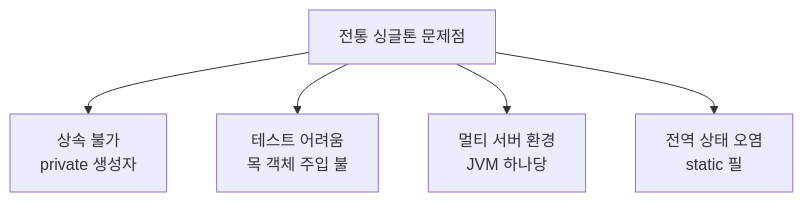
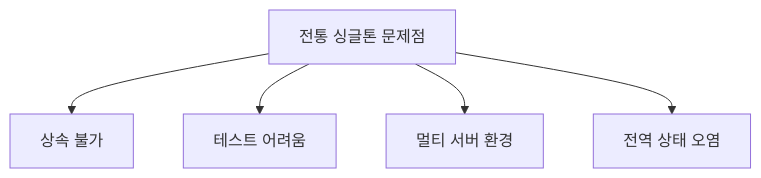
The fourth of 6 diagrams in _posts/spring/2022-06-16-싱글톤 레지스트리와 오브젝트 스코프.md (yjkim2015/yjkim2015.github.io), drawn with Mermaid before and after one commit. The commit also changed other lines of this file and 217 other files, not shown here.

First line of the commit message:
Mermaid 크기 수정: useMaxWidth:true + SVG max-width:100% + 라벨 축소

````diff
--- a/_posts/spring/2022-06-16-싱글톤 레지스트리와 오브젝트 스코프.md
+++ b/_posts/spring/2022-06-16-싱글톤 레지스트리와 오브젝트 스코프.md
@@ -124,8 +124,8 @@
 ```mermaid
 graph TD
     PROBLEM["전통 싱글톤 문제점"]
-    PROBLEM --> P1["상속 불가\nprivate 생성자"]
-    PROBLEM --> P2["테스트 어려움\n목 객체 주입 불"]
-    PROBLEM --> P3["멀티 서버 환경\nJVM 하나당"]
-    PROBLEM --> P4["전역 상태 오염\nstatic 필"]
+    PROBLEM --> P1["상속 불가"]
+    PROBLEM --> P2["테스트 어려움"]
+    PROBLEM --> P3["멀티 서버 환경"]
+    PROBLEM --> P4["전역 상태 오염"]
 ```
````
